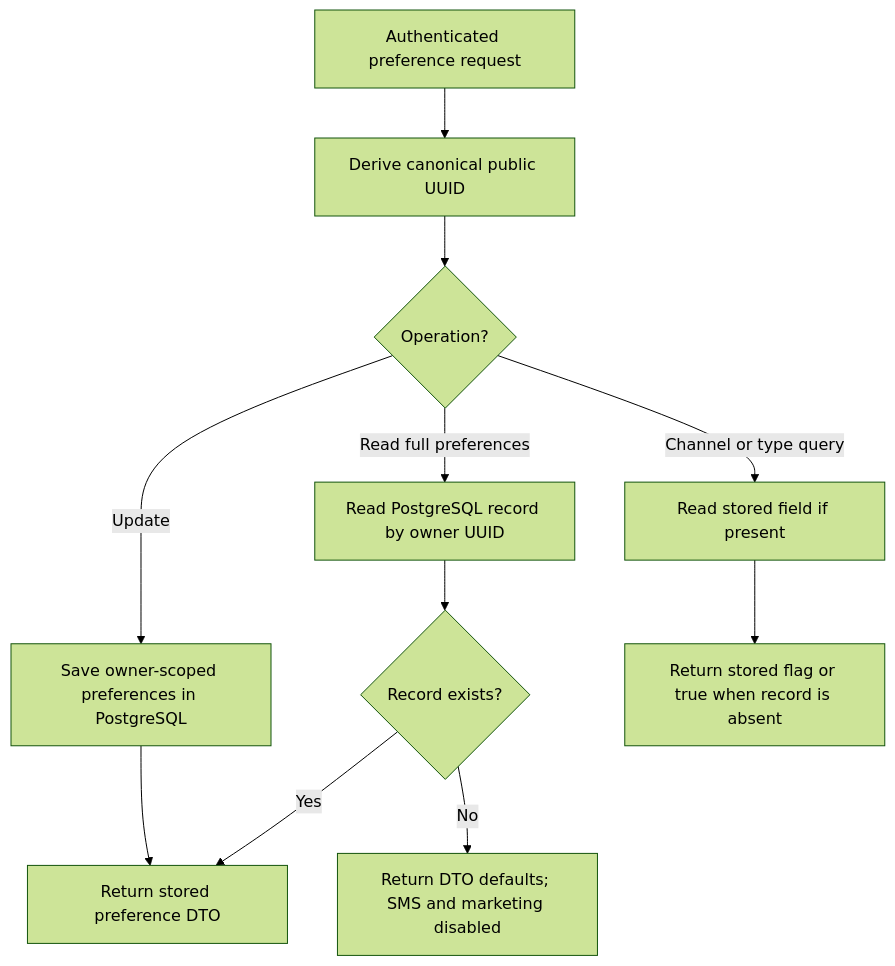
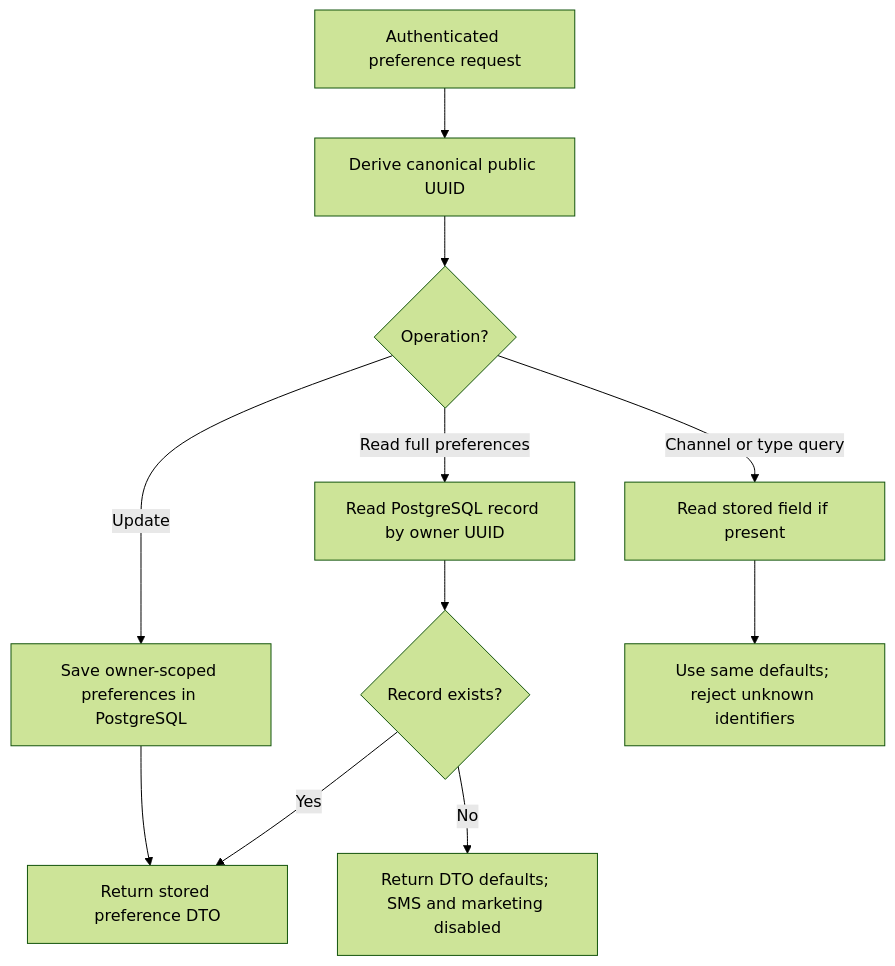
Diagram 16 of 32 in docs/technical-workflows.md (younessFathi/auto-parto), drawn with Mermaid (forest theme) before and after one commit. The commit also changed other lines of this file and 28 other files, not shown here.

````diff
--- a/docs/technical-workflows.md
+++ b/docs/technical-workflows.md
@@ -420,13 +420,13 @@
 ```mermaid
 flowchart TD
     USER["Authenticated preference request"] --> OWNER["Derive canonical public UUID"]
     OWNER --> OP{"Operation?"}
     OP -->|Read full preferences| FIND["Read PostgreSQL record by owner UUID"]
     FIND --> FOUND{"Record exists?"}
     FOUND -->|Yes| DTO["Return stored preference DTO"]
     FOUND -->|No| DEFAULT["Return DTO defaults; SMS and marketing disabled"]
     OP -->|Update| SAVE["Save owner-scoped preferences in PostgreSQL"]
     SAVE --> DTO
     OP -->|Channel or type query| FLAG["Read stored field if present"]
-    FLAG --> VALUE["Return stored flag or true when record is absent"]
+    FLAG --> VALUE["Use same defaults; reject unknown identifiers"]
 ```
````
